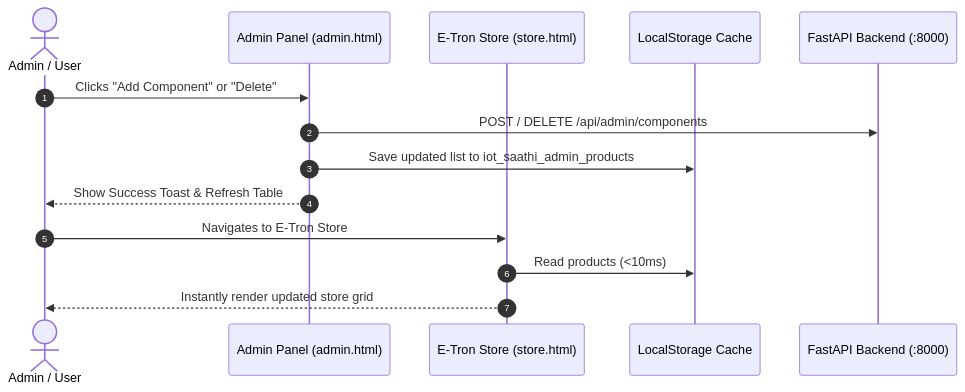
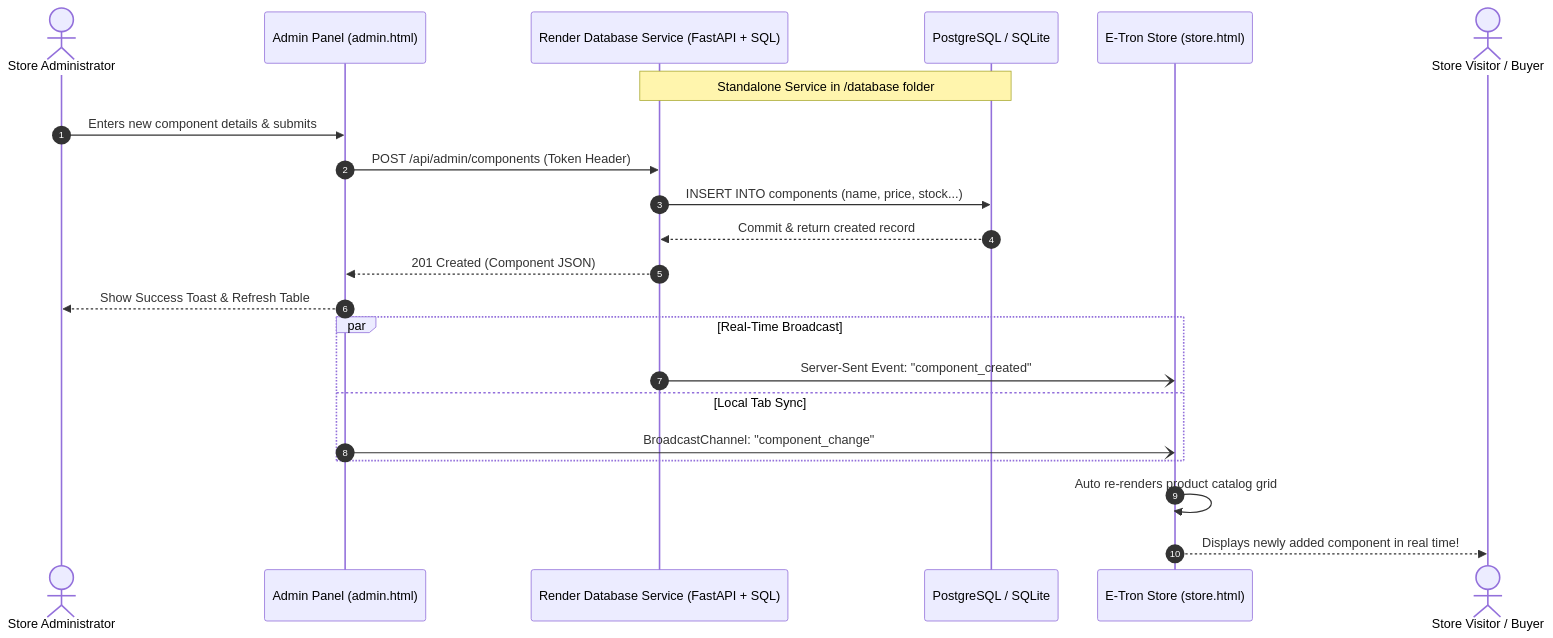
Before and after one commit to bhavya14032007/iot-saathi: the diagram in README.md, drawn with Mermaid. The commit also changed other lines of this file and 18 other files, not shown here.

````diff
--- a/README.md
+++ b/README.md
@@ -102,17 +111,28 @@
 ```mermaid
 sequenceDiagram
     autonumber
-    actor Admin as Admin / User
+    actor Admin as Store Administrator
     participant AdminUI as Admin Panel (admin.html)
+    participant DB as Render Database Service (FastAPI + SQL)
+    participant SQL as PostgreSQL / SQLite
     participant StoreUI as E-Tron Store (store.html)
-    participant LocalCache as LocalStorage Cache
-    participant Backend as FastAPI Backend (:8000)
+    actor Customer as Store Visitor / Buyer
 
-    Admin->>AdminUI: Clicks "Add Component" or "Delete"
-    AdminUI->>Backend: POST / DELETE /api/admin/components
-    AdminUI->>LocalCache: Save updated list to iot_saathi_admin_products
+    Note over DB,SQL: Standalone Service in /database folder
+
+    Admin->>AdminUI: Enters new component details & submits
+    AdminUI->>DB: POST /api/admin/components (Token Header)
+    DB->>SQL: INSERT INTO components (name, price, stock...)
+    SQL-->>DB: Commit & return created record
+    DB-->>AdminUI: 201 Created (Component JSON)
     AdminUI-->>Admin: Show Success Toast & Refresh Table
-    Admin->>StoreUI: Navigates to E-Tron Store
-    StoreUI->>LocalCache: Read products (<10ms)
-    StoreUI-->>Admin: Instantly render updated store grid
+
+    par Real-Time Broadcast
+        DB-)StoreUI: Server-Sent Event: "component_created"
+    and Local Tab Sync
+        AdminUI-)StoreUI: BroadcastChannel: "component_change"
+    end
+
+    StoreUI->>StoreUI: Auto re-renders product catalog grid
+    StoreUI-->>Customer: Displays newly added component in real time!
 ```
````
